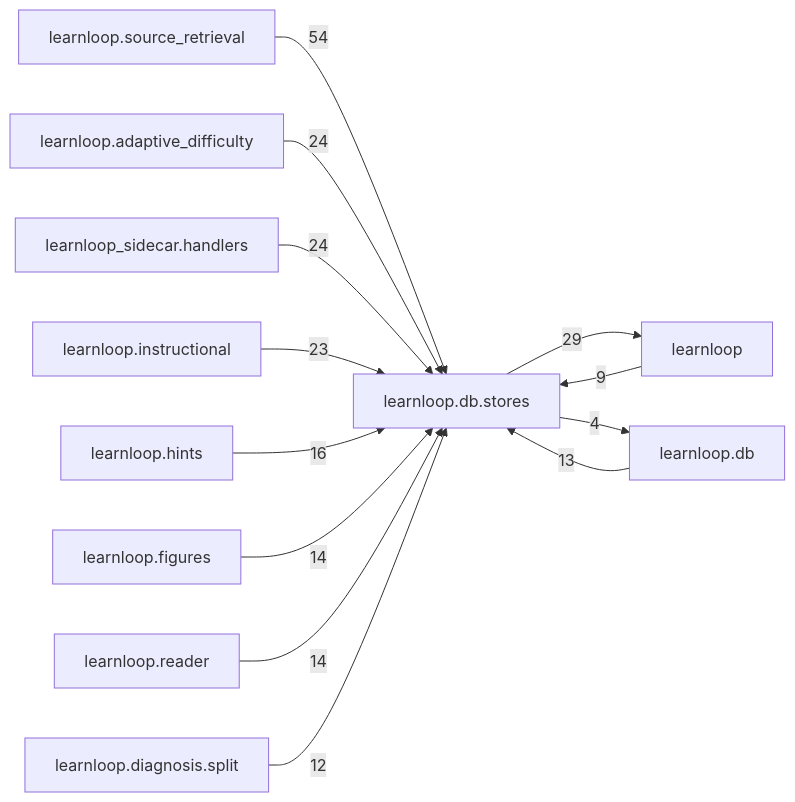
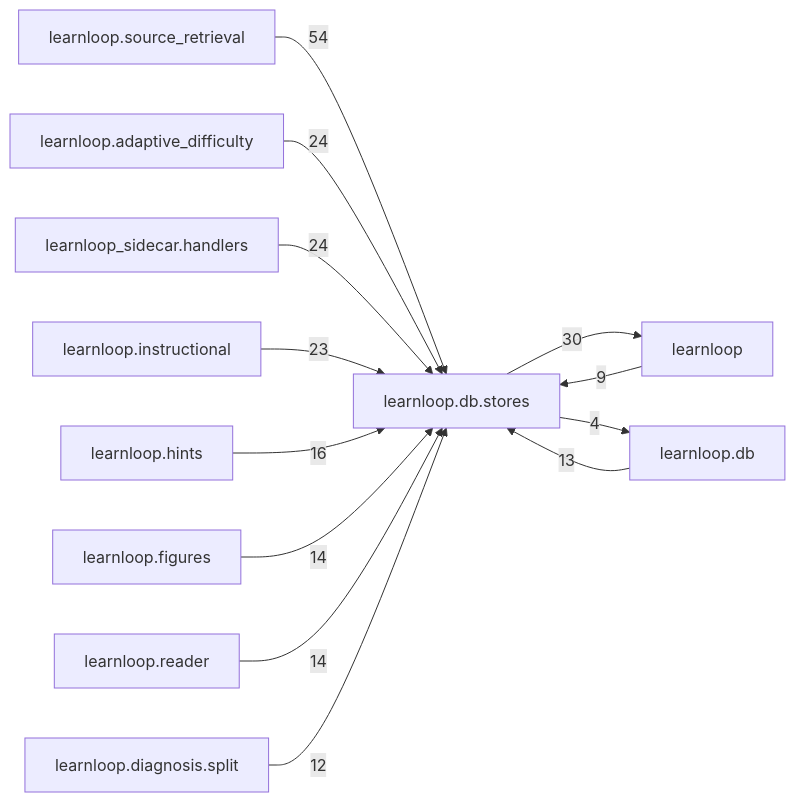
One commit to 6up-b/learnanything changed the diagram in docs/learnloop-architecture-vault/Reference/Modules/learnloop/db/stores/_package.md. Above: the diagram before and after it, drawn with Mermaid. The commit also changed other lines of this file and 616 other files, not shown here.

````diff
--- a/docs/learnloop-architecture-vault/Reference/Modules/learnloop/db/stores/_package.md
+++ b/docs/learnloop-architecture-vault/Reference/Modules/learnloop/db/stores/_package.md
@@ -209,26 +213,26 @@
 ```mermaid
 flowchart LR
     center["learnloop.db.stores"]
     n_learnloop_source_retrieval["learnloop.source_retrieval"]
     n_learnloop["learnloop"]
     n_learnloop_adaptive_difficulty["learnloop.adaptive_difficulty"]
     n_learnloop_sidecar_handlers["learnloop_sidecar.handlers"]
     n_learnloop_instructional["learnloop.instructional"]
     n_learnloop_db["learnloop.db"]
     n_learnloop_hints["learnloop.hints"]
     n_learnloop_figures["learnloop.figures"]
     n_learnloop_reader["learnloop.reader"]
     n_learnloop_diagnosis_split["learnloop.diagnosis.split"]
     n_learnloop_source_retrieval -->|54| center
     n_learnloop -->|9| center
-    center -->|29| n_learnloop
+    center -->|30| n_learnloop
     n_learnloop_adaptive_difficulty -->|24| center
     n_learnloop_sidecar_handlers -->|24| center
     n_learnloop_instructional -->|23| center
     n_learnloop_db -->|13| center
     center -->|4| n_learnloop_db
     n_learnloop_hints -->|16| center
     n_learnloop_figures -->|14| center
     n_learnloop_reader -->|14| center
     n_learnloop_diagnosis_split -->|12| center
 ```
````
